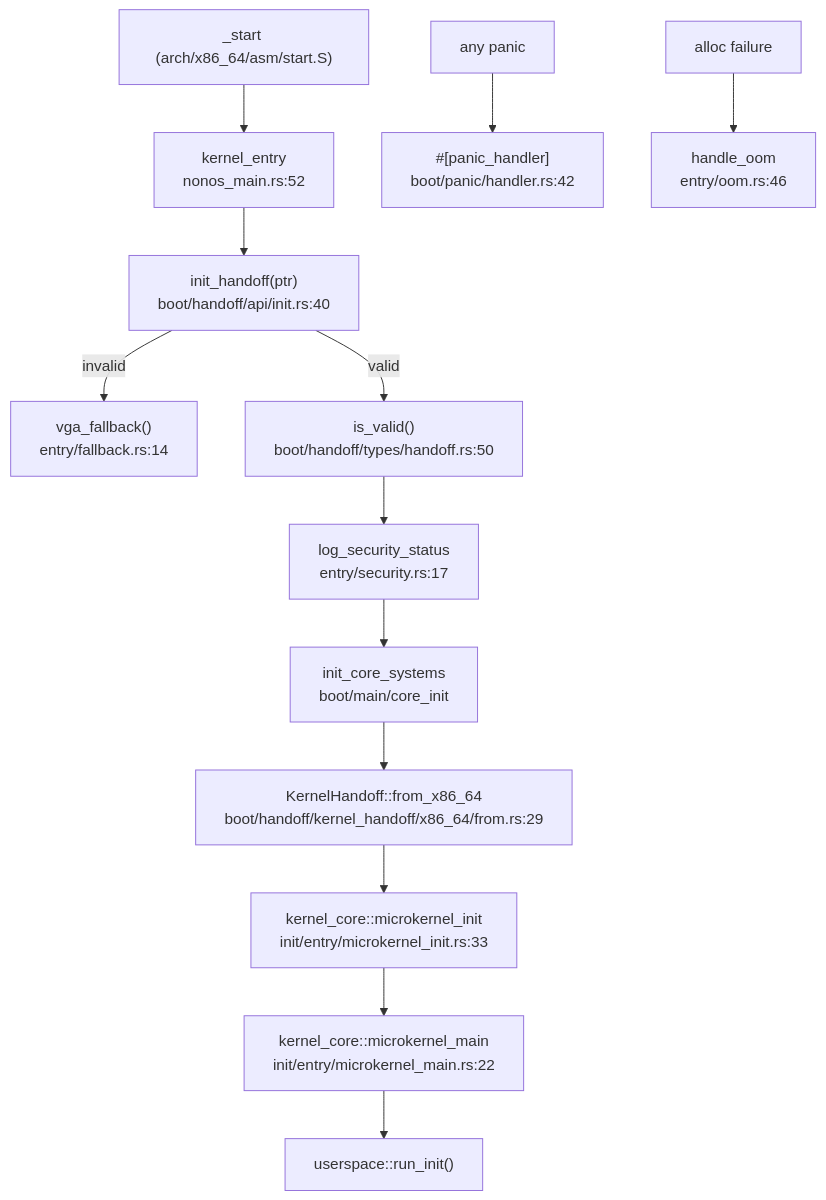
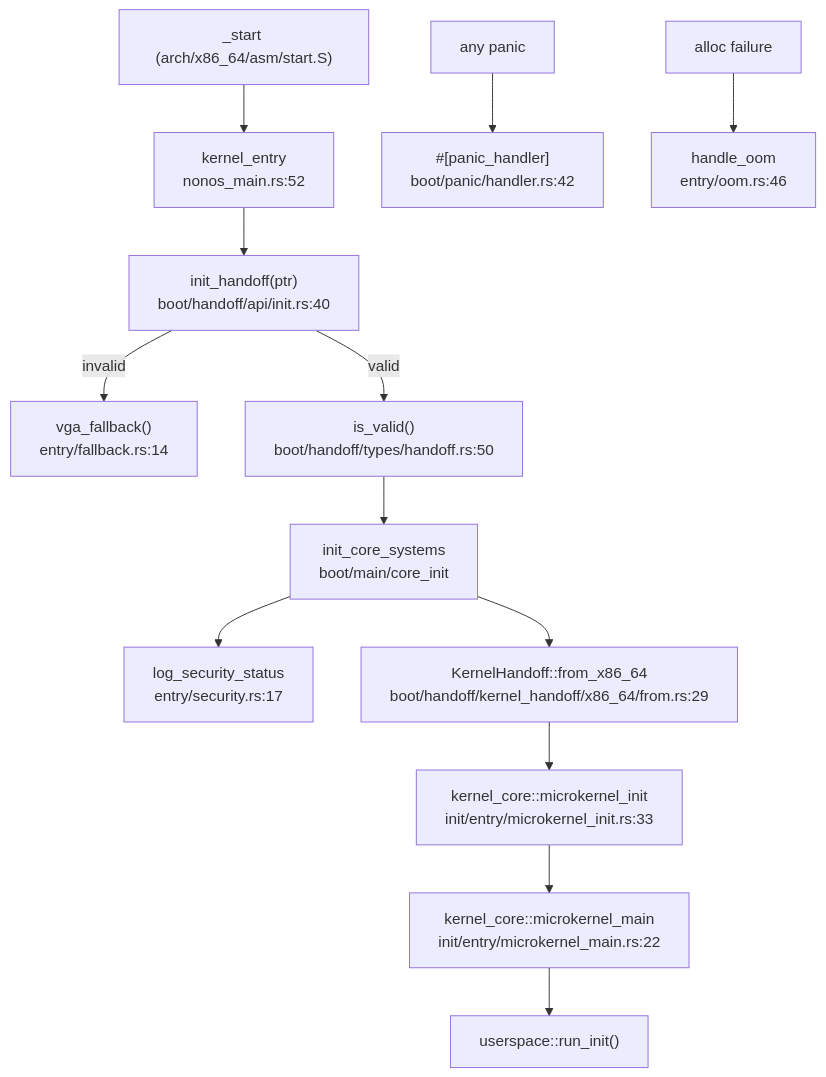
Before and after one commit to NON-OS/microkernel: the diagram in docs/internals/boot.md, drawn with Mermaid. The commit also changed other lines of this file and 8 other files, not shown here.

````diff
--- a/docs/internals/boot.md
+++ b/docs/internals/boot.md
@@ -9,16 +9,16 @@
 ```mermaid
 flowchart TB
     start["_start (arch/x86_64/asm/start.S)"] --> ke["kernel_entry<br/>nonos_main.rs:52"]
     ke --> ih["init_handoff(ptr)<br/>boot/handoff/api/init.rs:40"]
     ih -->|invalid| fb["vga_fallback()<br/>entry/fallback.rs:14"]
     ih -->|valid| iv["is_valid()<br/>boot/handoff/types/handoff.rs:50"]
-    iv --> sec["log_security_status<br/>entry/security.rs:17"]
-    sec --> ics["init_core_systems<br/>boot/main/core_init"]
+    iv --> ics["init_core_systems<br/>boot/main/core_init"]
+    ics --> sec["log_security_status<br/>entry/security.rs:17"]
     ics --> kh["KernelHandoff::from_x86_64<br/>boot/handoff/kernel_handoff/x86_64/from.rs:29"]
     kh --> mi["kernel_core::microkernel_init<br/>init/entry/microkernel_init.rs:33"]
     mi --> mm["kernel_core::microkernel_main<br/>init/entry/microkernel_main.rs:22"]
     mm --> ri["userspace::run_init()"]
 
     panic["any panic"] --> ph["#[panic_handler]<br/>boot/panic/handler.rs:42"]
     oom["alloc failure"] --> oh["handle_oom<br/>entry/oom.rs:46"]
 ```
````
